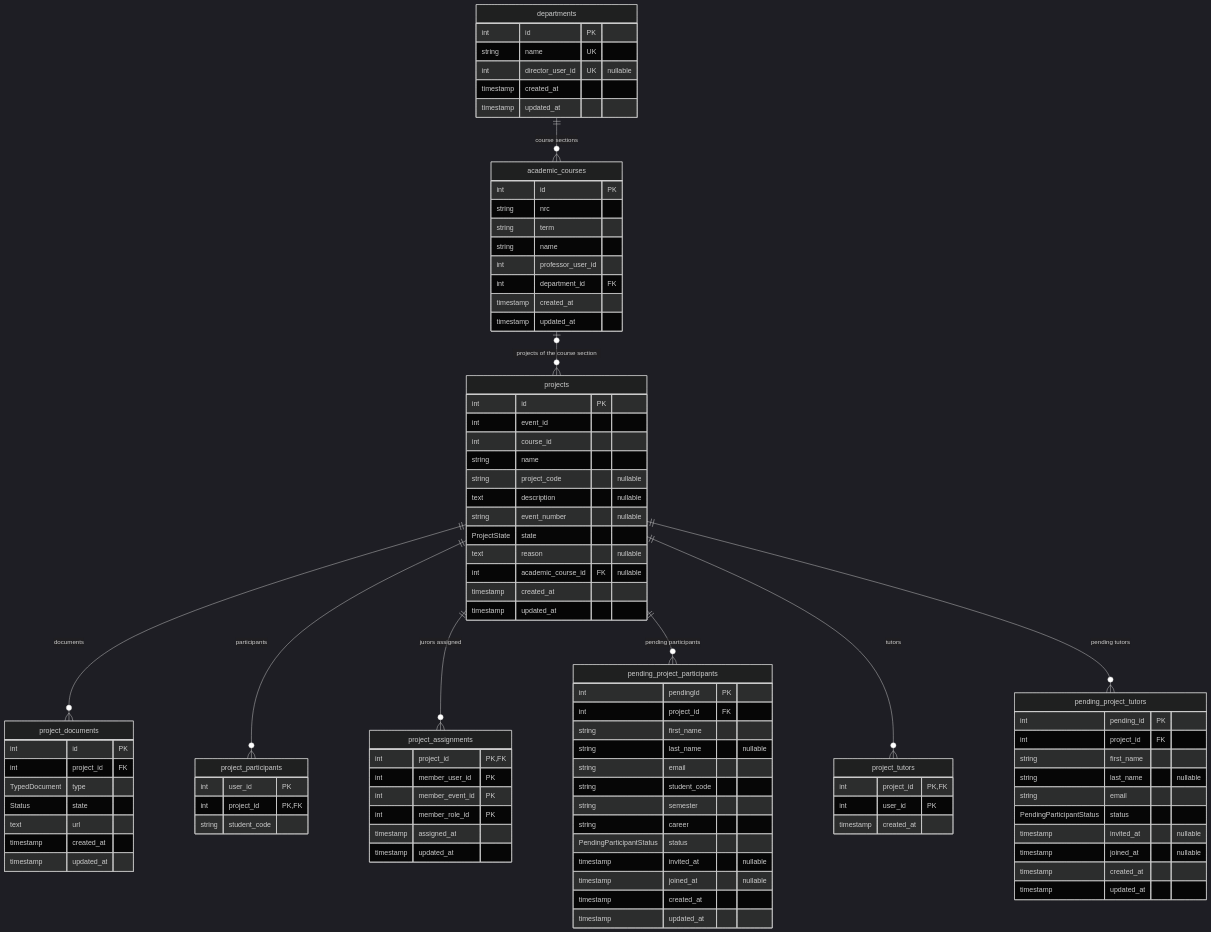
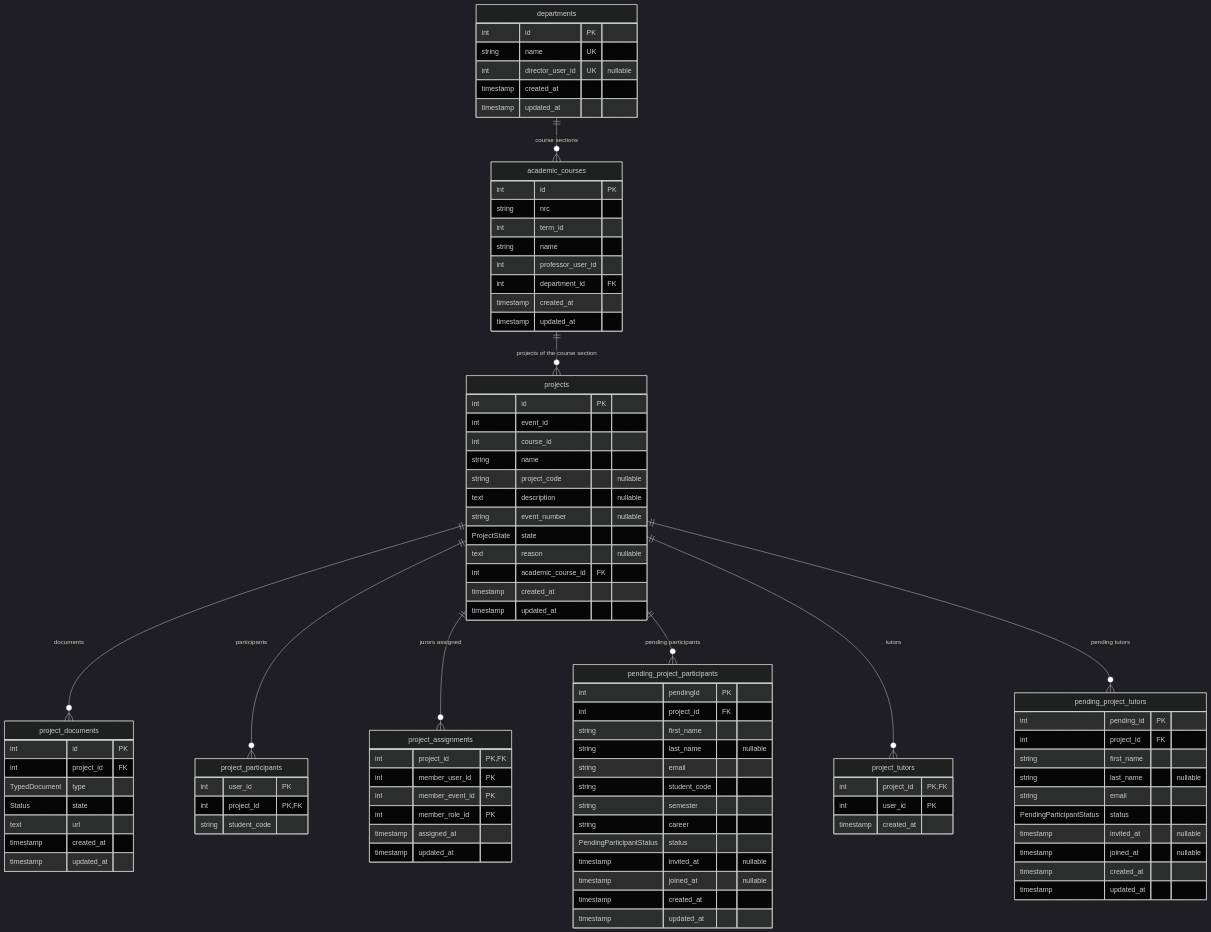
One commit to PCPI-UN/Iris changed the diagram in docs/project-service/schema.md. Above: the diagram before and after it, drawn with Mermaid (dark theme). The commit also changed other lines of this file and 67 other files, not shown here.

First line of the commit message:
[CU-86e3vmz0m]: course section required on every project, academic terms in event-service and read scope by permissions

````diff
--- a/docs/project-service/schema.md
+++ b/docs/project-service/schema.md
@@ -18,7 +18,7 @@
         string event_number "nullable"
         ProjectState state
         text reason "nullable"
-        int academic_course_id FK "nullable"
+        int academic_course_id FK
         timestamp created_at
         timestamp updated_at
     }
@@ -94,7 +94,7 @@
     academic_courses {
         int id PK
         string nrc
-        string term
+        int term_id
         string name
         int professor_user_id
         int department_id FK
@@ -108,6 +108,6 @@
     projects ||--o{ pending_project_participants : "pending participants"
     projects ||--o{ project_tutors : "tutors"
     projects ||--o{ pending_project_tutors : "pending tutors"
-    academic_courses |o--o{ projects : "projects of the course section"
+    academic_courses ||--o{ projects : "projects of the course section"
     departments ||--o{ academic_courses : "course sections"
 ```
````
